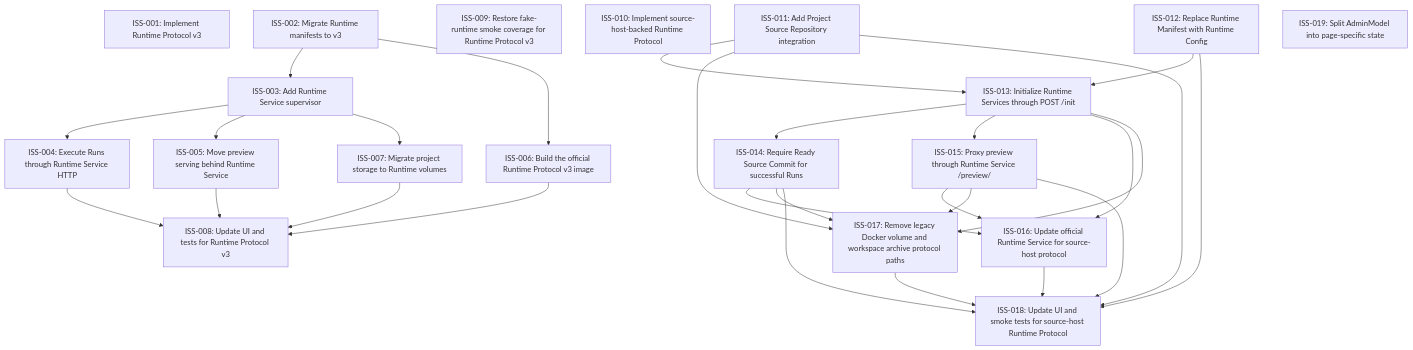
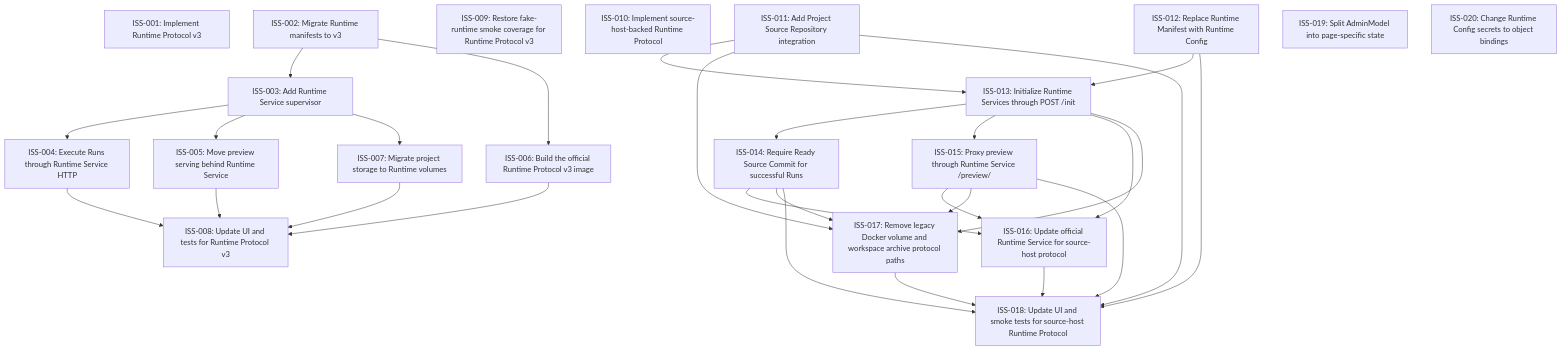
The diagram in issues/README.md (Milky2018/mooncraft), drawn with Mermaid before and after one commit. The commit also changed 13 other files, not shown here.

Commit message:
Use object bindings for runtime secrets

````diff
--- a/issues/README.md
+++ b/issues/README.md
@@ -15,48 +15,49 @@
 ```mermaid
 graph TD
   ISS_001["ISS-001: Implement Runtime Protocol v3"]
   ISS_002["ISS-002: Migrate Runtime manifests to v3"]
   ISS_003["ISS-003: Add Runtime Service supervisor"]
   ISS_004["ISS-004: Execute Runs through Runtime Service HTTP"]
   ISS_005["ISS-005: Move preview serving behind Runtime Service"]
   ISS_006["ISS-006: Build the official Runtime Protocol v3 image"]
   ISS_007["ISS-007: Migrate project storage to Runtime volumes"]
   ISS_008["ISS-008: Update UI and tests for Runtime Protocol v3"]
   ISS_009["ISS-009: Restore fake-runtime smoke coverage for Runtime Protocol v3"]
   ISS_010["ISS-010: Implement source-host-backed Runtime Protocol"]
   ISS_011["ISS-011: Add Project Source Repository integration"]
   ISS_012["ISS-012: Replace Runtime Manifest with Runtime Config"]
   ISS_013["ISS-013: Initialize Runtime Services through POST /init"]
   ISS_014["ISS-014: Require Ready Source Commit for successful Runs"]
   ISS_015["ISS-015: Proxy preview through Runtime Service /preview/"]
   ISS_016["ISS-016: Update official Runtime Service for source-host protocol"]
   ISS_017["ISS-017: Remove legacy Docker volume and workspace archive protocol paths"]
   ISS_018["ISS-018: Update UI and smoke tests for source-host Runtime Protocol"]
   ISS_019["ISS-019: Split AdminModel into page-specific state"]
+  ISS_020["ISS-020: Change Runtime Config secrets to object bindings"]
   ISS_002 --> ISS_003
   ISS_003 --> ISS_004
   ISS_003 --> ISS_005
   ISS_002 --> ISS_006
   ISS_003 --> ISS_007
   ISS_004 --> ISS_008
   ISS_005 --> ISS_008
   ISS_006 --> ISS_008
   ISS_007 --> ISS_008
   ISS_011 --> ISS_013
   ISS_012 --> ISS_013
   ISS_013 --> ISS_014
   ISS_013 --> ISS_015
   ISS_013 --> ISS_016
   ISS_014 --> ISS_016
   ISS_015 --> ISS_016
   ISS_011 --> ISS_017
   ISS_013 --> ISS_017
   ISS_014 --> ISS_017
   ISS_015 --> ISS_017
   ISS_011 --> ISS_018
   ISS_012 --> ISS_018
   ISS_014 --> ISS_018
   ISS_015 --> ISS_018
   ISS_016 --> ISS_018
   ISS_017 --> ISS_018
 ```
````
